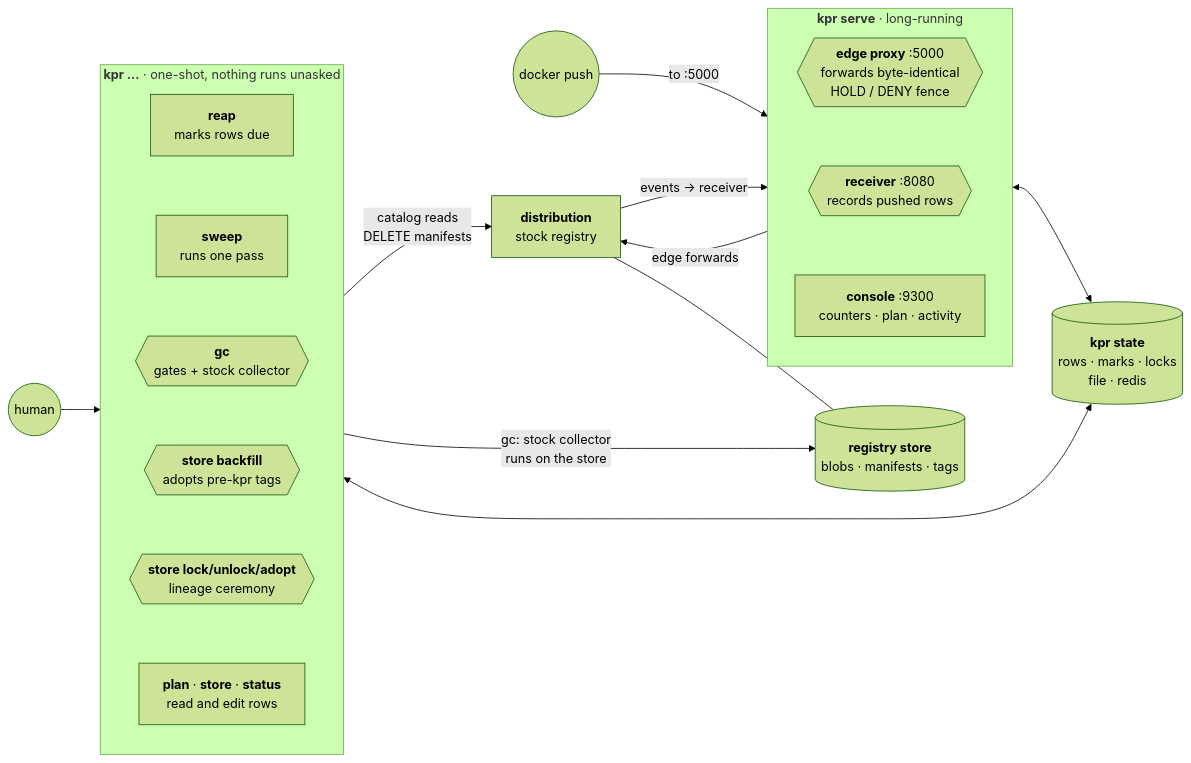
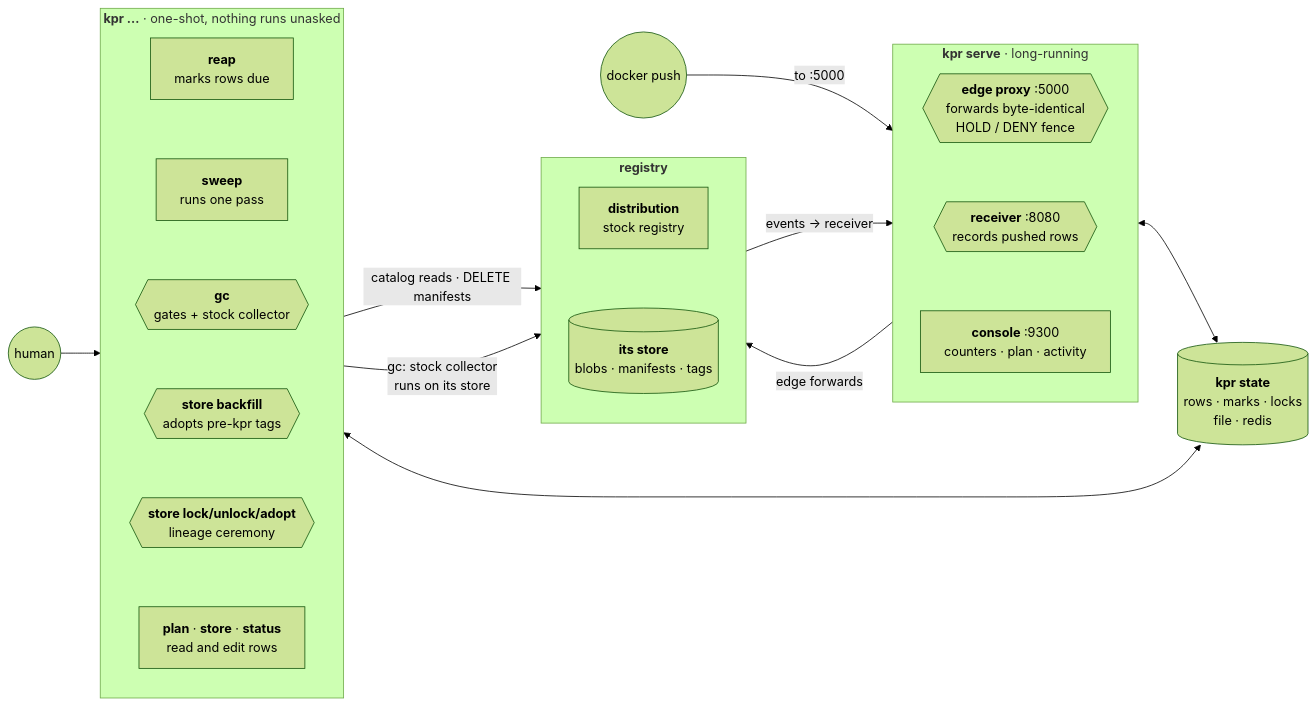
One commit to noroutine/kpr changed the first of 2 diagrams in docs/ARCHITECTURE.md. Above: the diagram before and after it, drawn with Mermaid (forest theme).

Commit message:
Components: group the registry with its store, shorten the arrows
distribution and its store are one subgraph now, store beneath,
so the pair reads as the registry owning its bytes rather than as
two nodes at opposite ends of a long line. kpr state moved
between the two kpr blocks that use it instead of sitting past
the registry.

gc keeps its own labelled arrow rather than sharing one with the
API calls: the distinction between running the stock collector on
the store and asking the registry to delete is the point.

````diff
--- a/docs/ARCHITECTURE.md
+++ b/docs/ARCHITECTURE.md
@@ -28,34 +28,37 @@
 ```mermaid
 flowchart LR
   dev((docker push)) -- "to :5000" --> serve
   human((human)) --> cli
 
   subgraph serve["<b>kpr serve</b> · long-running"]
     direction TB
     edge{{"<b>edge proxy</b> :5000<br/>forwards byte-identical<br/>HOLD / DENY fence"}} ~~~
     recv{{"<b>receiver</b> :8080<br/>records pushed rows"}} ~~~
     console["<b>console</b> :9300<br/>counters · plan · activity"]
   end
 
   subgraph cli["<b>kpr …</b> · one-shot, nothing runs unasked"]
     direction TB
     reap["<b>reap</b><br/>marks rows due"] ~~~
     sweepcmd["<b>sweep</b><br/>runs one pass"] ~~~
     gcc{{"<b>gc</b><br/>gates + stock collector"}} ~~~
     backfill{{"<b>store backfill</b><br/>adopts pre-kpr tags"}} ~~~
     ceremony{{"<b>store lock/unlock/adopt</b><br/>lineage ceremony"}} ~~~
     rest["<b>plan</b> · <b>store</b> · <b>status</b><br/>read and edit rows"]
   end
 
+  subgraph reg["<b>registry</b>"]
+    direction TB
+    dist["<b>distribution</b><br/>stock registry"] ~~~
+    blobs[("<b>its store</b><br/>blobs · manifests · tags")]
+  end
+
   state[("<b>kpr state</b><br/>rows · marks · locks<br/>file · redis")]
-  dist["<b>distribution</b><br/>stock registry"]
-  blobs[("<b>registry store</b><br/>blobs · manifests · tags")]
 
-  serve -- "edge forwards" --> dist
-  dist -- "events → receiver" --> serve
-  dist --- blobs
+  serve -- "edge forwards" --> reg
+  reg -- "events → receiver" --> serve
+  cli -- "catalog reads · DELETE manifests" --> reg
+  cli -- "gc: stock collector<br/>runs on its store" --> reg
   serve <--> state
   cli <--> state
-  cli -- "catalog reads<br/>DELETE manifests" --> dist
-  cli -- "gc: stock collector<br/>runs on the store" --> blobs
 ```
````
